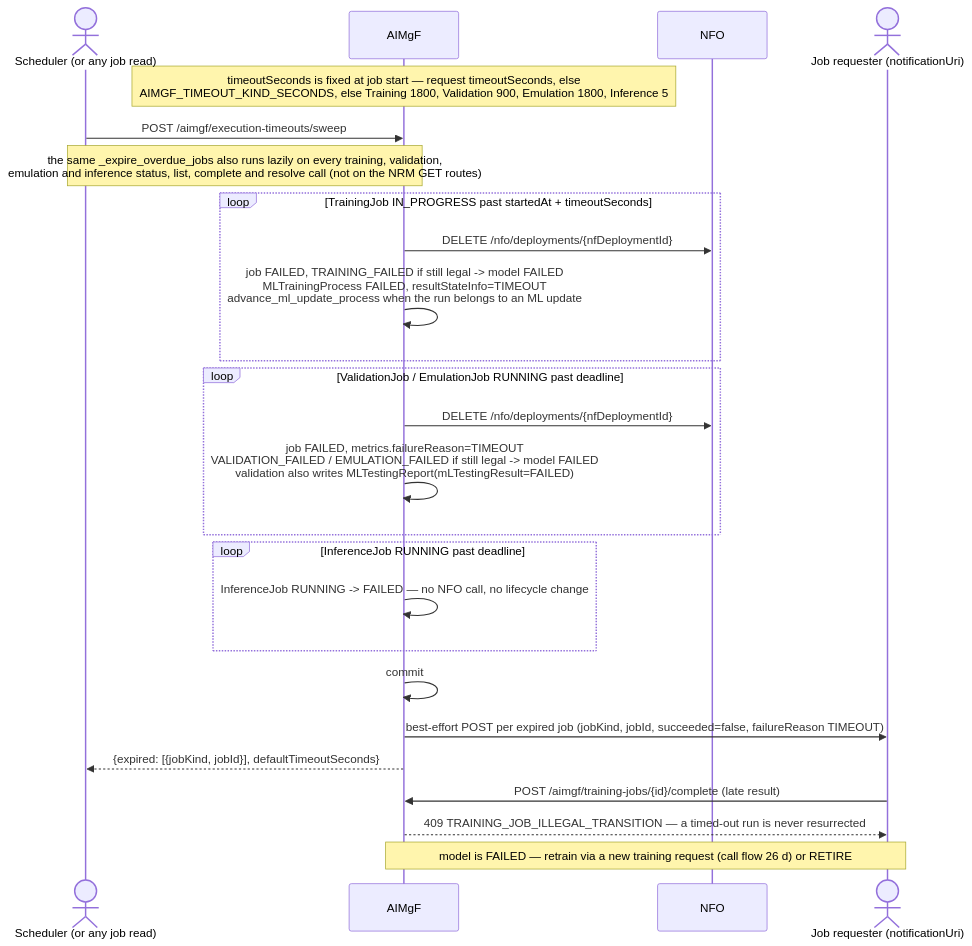
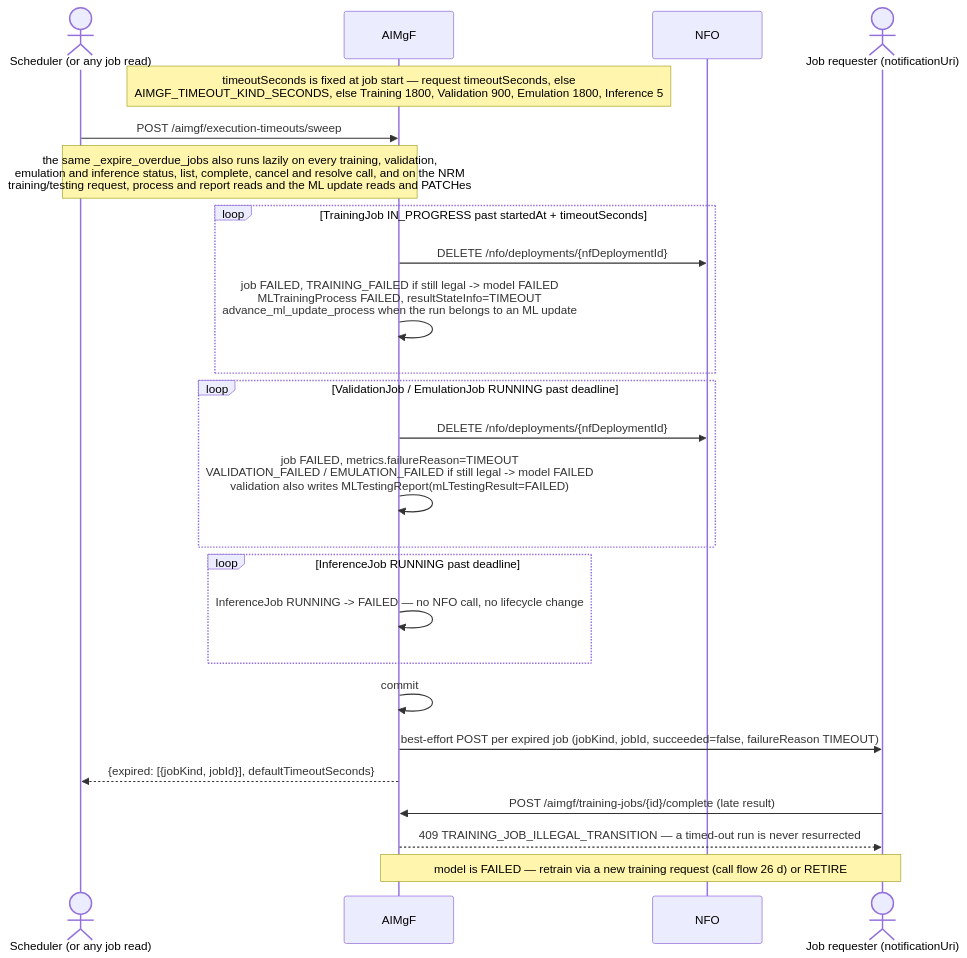
The fourth of 4 diagrams in smo/docs/call-flows/27-ts28105-provisioning-resources.md (rsys-bshankar/ai-ran-ref), drawn with Mermaid before and after one commit. The commit also changed other lines of this file and 46 other files, not shown here.

````diff
--- a/smo/docs/call-flows/27-ts28105-provisioning-resources.md
+++ b/smo/docs/call-flows/27-ts28105-provisioning-resources.md
@@ -175,30 +178,30 @@
 ```mermaid
 sequenceDiagram
     actor Scheduler as Scheduler (or any job read)
     participant AIMgF as AIMgF
     participant NFO as NFO
     actor Requester as Job requester (notificationUri)
 
     Note over AIMgF: timeoutSeconds is fixed at job start — request timeoutSeconds, else<br/>AIMGF_TIMEOUT_KIND_SECONDS, else Training 1800, Validation 900, Emulation 1800, Inference 5
     Scheduler->>AIMgF: POST /aimgf/execution-timeouts/sweep
-    Note over Scheduler,AIMgF: the same _expire_overdue_jobs also runs lazily on every training, validation,<br/>emulation and inference status, list, complete and resolve call (not on the NRM GET routes)
+    Note over Scheduler,AIMgF: the same _expire_overdue_jobs also runs lazily on every training, validation,<br/>emulation and inference status, list, complete, cancel and resolve call, and on the NRM<br/>training/testing request, process and report reads and the ML update reads and PATCHes
 
     loop TrainingJob IN_PROGRESS past startedAt + timeoutSeconds
         AIMgF->>NFO: DELETE /nfo/deployments/{nfDeploymentId}
         AIMgF->>AIMgF: job FAILED, TRAINING_FAILED if still legal -> model FAILED<br/>MLTrainingProcess FAILED, resultStateInfo=TIMEOUT<br/>advance_ml_update_process when the run belongs to an ML update
     end
     loop ValidationJob / EmulationJob RUNNING past deadline
         AIMgF->>NFO: DELETE /nfo/deployments/{nfDeploymentId}
         AIMgF->>AIMgF: job FAILED, metrics.failureReason=TIMEOUT<br/>VALIDATION_FAILED / EMULATION_FAILED if still legal -> model FAILED<br/>validation also writes MLTestingReport(mLTestingResult=FAILED)
     end
     loop InferenceJob RUNNING past deadline
         AIMgF->>AIMgF: InferenceJob RUNNING -> FAILED — no NFO call, no lifecycle change
     end
     AIMgF->>AIMgF: commit
     AIMgF->>Requester: best-effort POST per expired job (jobKind, jobId, succeeded=false, failureReason TIMEOUT)
     AIMgF-->>Scheduler: {expired: [{jobKind, jobId}], defaultTimeoutSeconds}
 
     Requester->>AIMgF: POST /aimgf/training-jobs/{id}/complete (late result)
     AIMgF-->>Requester: 409 TRAINING_JOB_ILLEGAL_TRANSITION — a timed-out run is never resurrected
     Note over Requester,AIMgF: model is FAILED — retrain via a new training request (call flow 26 d) or RETIRE
 ```
````
